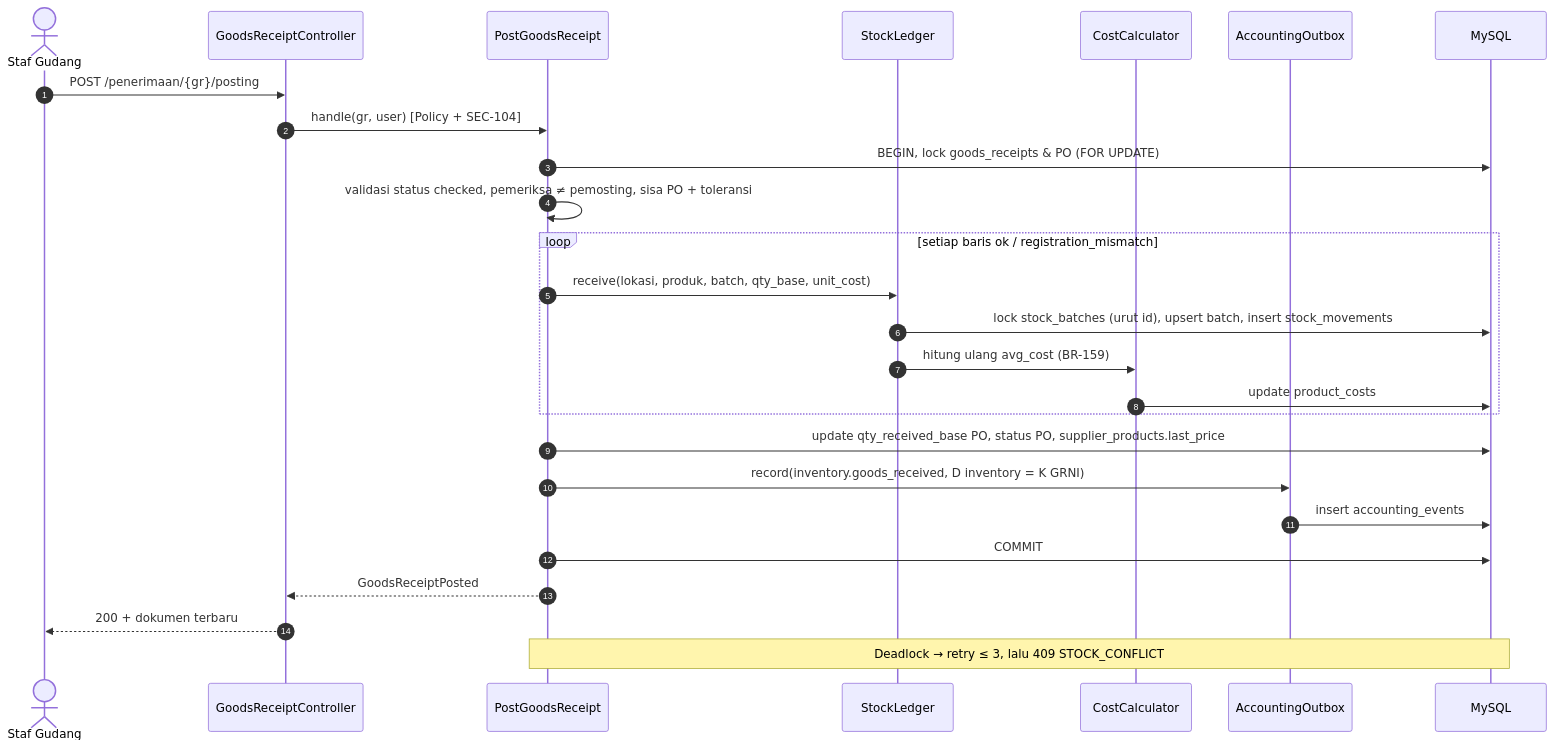
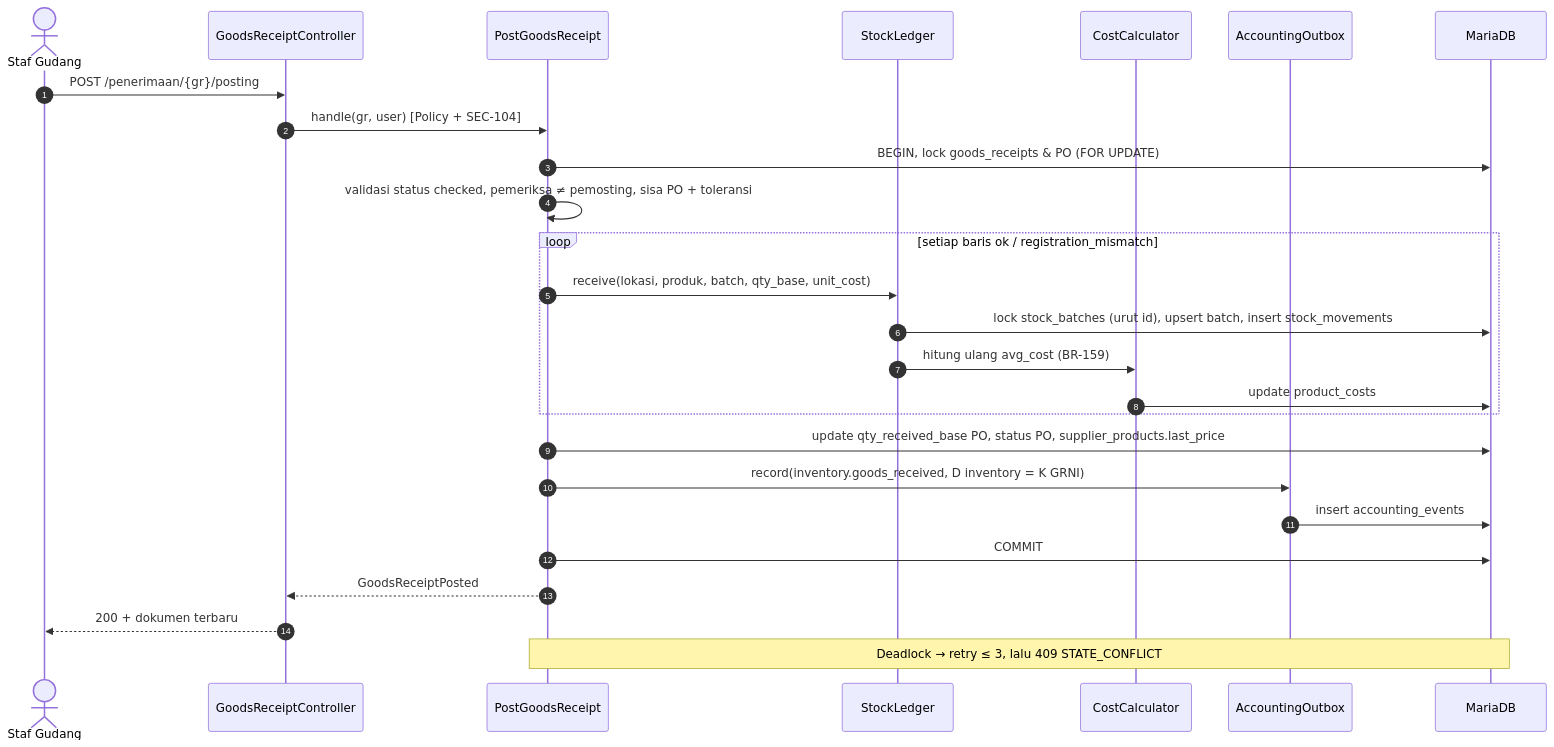
The second of 3 diagrams in docs/15-PAKET-A-MASTER-GUDANG.md (masyasin/pakis), drawn with Mermaid before and after one commit. The commit also changed other lines of this file and 6 other files, not shown here.

````diff
--- a/docs/15-PAKET-A-MASTER-GUDANG.md
+++ b/docs/15-PAKET-A-MASTER-GUDANG.md
@@ -1313,28 +1328,28 @@
 ```mermaid
 sequenceDiagram
   autonumber
   actor SG as Staf Gudang
   participant C as GoodsReceiptController
   participant A as PostGoodsReceipt
   participant L as StockLedger
   participant H as CostCalculator
   participant O as AccountingOutbox
-  participant DB as MySQL
+  participant DB as MariaDB
   SG->>C: POST /penerimaan/{gr}/posting
   C->>A: handle(gr, user) [Policy + SEC-104]
   A->>DB: BEGIN, lock goods_receipts & PO (FOR UPDATE)
   A->>A: validasi status checked, pemeriksa ≠ pemosting, sisa PO + toleransi
   loop setiap baris ok / registration_mismatch
     A->>L: receive(lokasi, produk, batch, qty_base, unit_cost)
     L->>DB: lock stock_batches (urut id), upsert batch, insert stock_movements
     L->>H: hitung ulang avg_cost (BR-159)
     H->>DB: update product_costs
   end
   A->>DB: update qty_received_base PO, status PO, supplier_products.last_price
   A->>O: record(inventory.goods_received, D inventory = K GRNI)
   O->>DB: insert accounting_events
   A->>DB: COMMIT
   A-->>C: GoodsReceiptPosted
   C-->>SG: 200 + dokumen terbaru
-  Note over A,DB: Deadlock → retry ≤ 3, lalu 409 STOCK_CONFLICT
+  Note over A,DB: Deadlock → retry ≤ 3, lalu 409 STATE_CONFLICT
 ```
````
